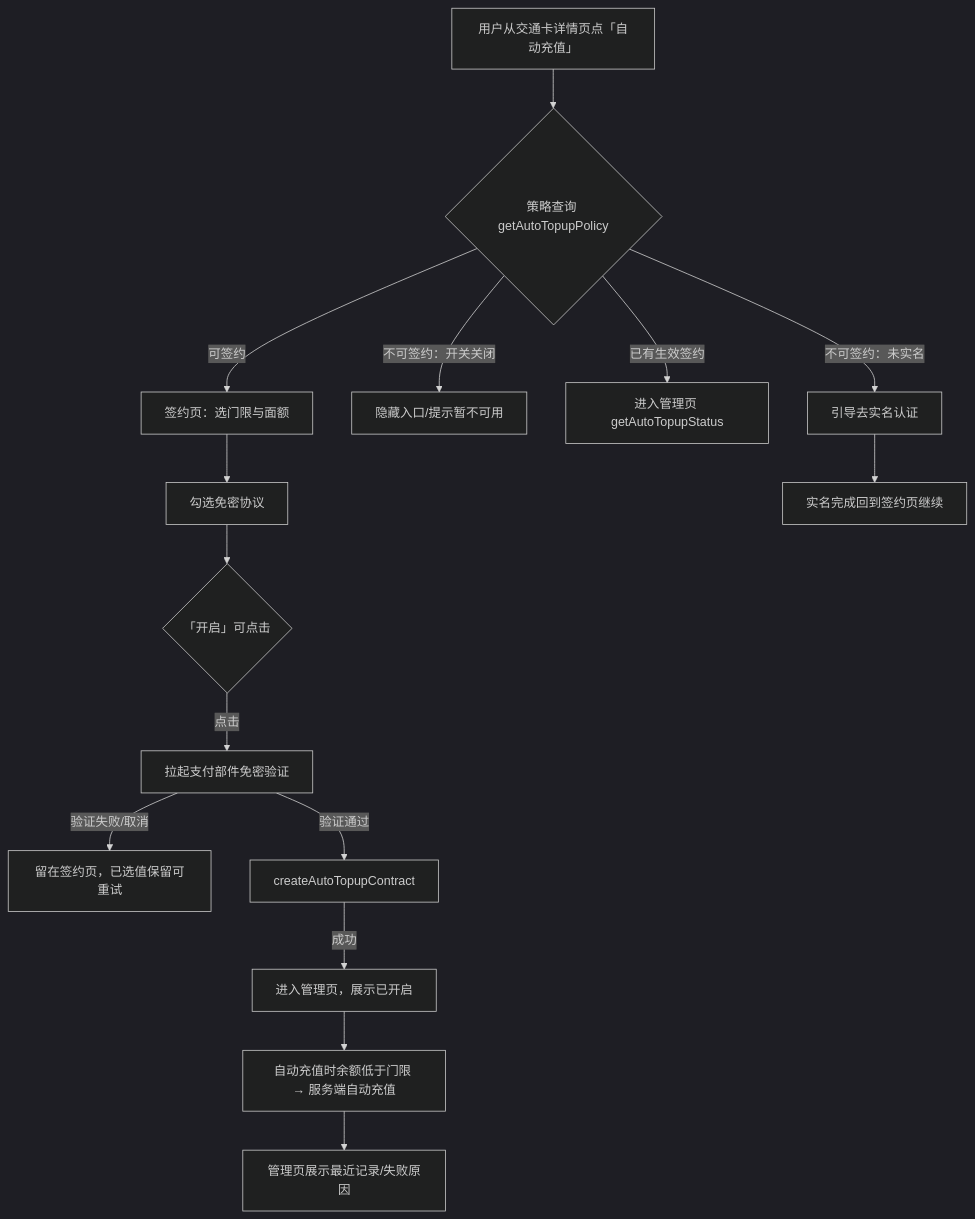
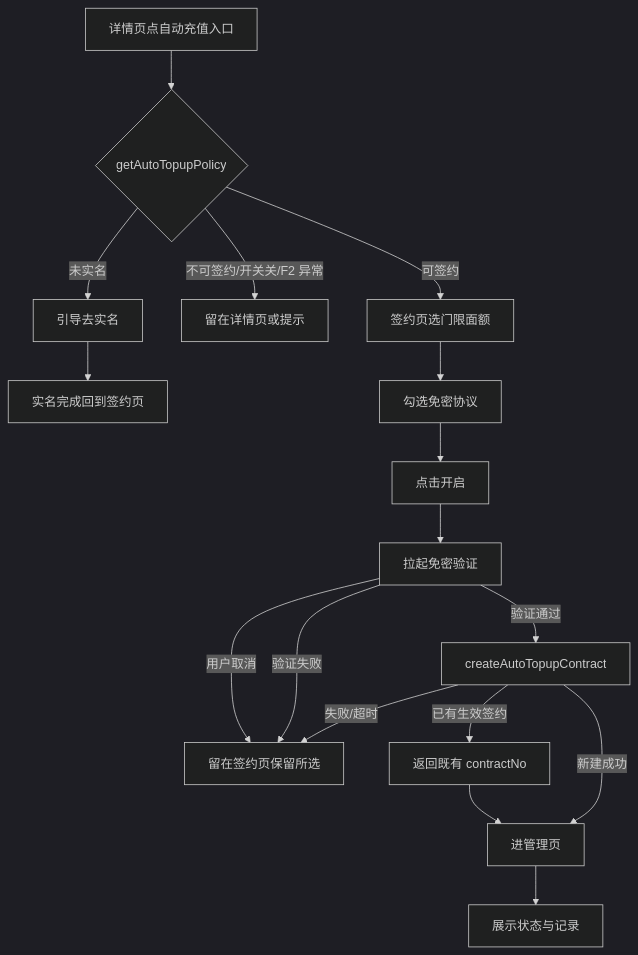
The first of 2 diagrams in test/story/fixtures/real-run/AR90006/spec/spec.md (sqsqsq/SimulatedWalletForHmos), drawn with Mermaid (dark theme) before and after one commit. The commit also changed other lines of this file and 160 other files, not shown here.

````diff
--- a/test/story/fixtures/real-run/AR90006/spec/spec.md
+++ b/test/story/fixtures/real-run/AR90006/spec/spec.md
@@ -185,17 +225,19 @@
 ```mermaid
 flowchart TD
-    A[用户从交通卡详情页点「自动充值」] --> B{策略查询 getAutoTopupPolicy}
-    B -->|不可签约：未实名| C[引导去实名认证]
-    B -->|不可签约：开关关闭| D[隐藏入口/提示暂不可用]
-    B -->|已有生效签约| E[进入管理页 getAutoTopupStatus]
-    B -->|可签约| F[签约页：选门限与面额]
+    A[详情页点自动充值入口] --> B{getAutoTopupPolicy}
+    B -->|未实名| C[引导去实名]
+    C --> D[实名完成回到签约页]
+    B -->|不可签约/开关关/F2 异常| E[留在详情页或提示]
+    B -->|可签约| F[签约页选门限面额]
     F --> G[勾选免密协议]
-    G --> H{「开启」可点击}
-    H -->|点击| I[拉起支付部件免密验证]
-    I -->|验证失败/取消| J[留在签约页，已选值保留可重试]
+    G --> H[点击开启]
+    H --> I[拉起免密验证]
+    I -->|用户取消| J[留在签约页保留所选]
+    I -->|验证失败| J
     I -->|验证通过| K[createAutoTopupContract]
-    K -->|成功| L[进入管理页，展示已开启]
-    C --> M[实名完成回到签约页继续]
-    L --> N[自动充值时余额低于门限 → 服务端自动充值]
-    N --> O[管理页展示最近记录/失败原因]
+    K -->|已有生效签约| L[返回既有 contractNo]
+    L --> M[进管理页]
+    K -->|新建成功| M
+    K -->|失败/超时| J
+    M --> N[展示状态与记录]
 ```
````
